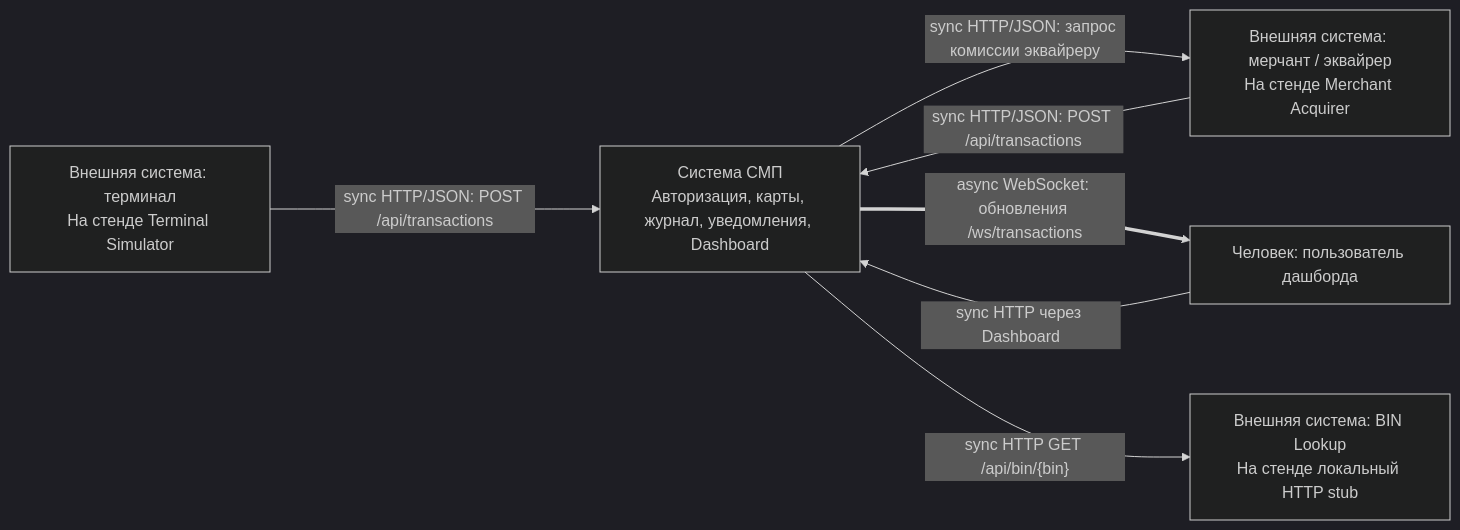
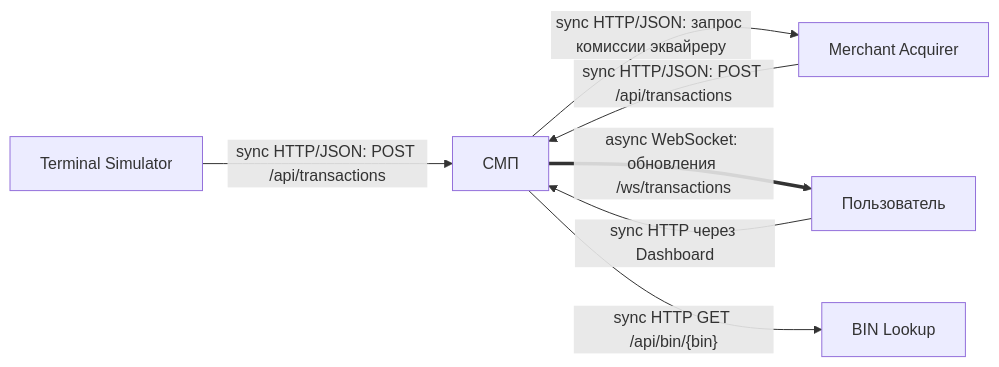
Before and after one commit to LektonSoftwareTestingCourse/PracticLevShilin: the diagram in docs/practice-3-pyramid/architecture/a1-context.md, drawn with Mermaid.

Commit message:
add a1 ctx

````diff
--- a/docs/practice-3-pyramid/architecture/a1-context.md
+++ b/docs/practice-3-pyramid/architecture/a1-context.md
@@ -3,23 +3,20 @@
 ```mermaid
-
-%%{init: {"flowchart": {"nodeSpacing": 90, "rankSpacing": 130, "curve": "basis"}, "theme": "dark"}}%%
-
 flowchart LR
-    T["Внешняя система: терминал<br/>На стенде Terminal Simulator"]
-    M["Внешняя система: мерчант / эквайрер<br/>На стенде Merchant Acquirer"]
-    U["Человек: пользователь дашборда"]
-    S["Система СМП<br/>Авторизация, карты, журнал, уведомления, Dashboard"]
-    B["Внешняя система: BIN Lookup<br/>На стенде локальный HTTP stub"]
+    T["Terminal Simulator"]
+    M["Merchant Acquirer"]
+    U["Пользователь"]
+    S["СМП"]
+    B["BIN Lookup"]
     
     T -->|"sync HTTP/JSON: POST /api/transactions"| S
     
     M -->|"sync HTTP/JSON: POST /api/transactions"| S
     
     S -->|"sync HTTP/JSON: запрос комиссии эквайреру"| M
     
     U -->|"sync HTTP через Dashboard"| S
     
     S ==>|"async WebSocket: обновления /ws/transactions"| U
     
     S -->|"sync HTTP GET /api/bin/{bin}"| B
 ```
````
